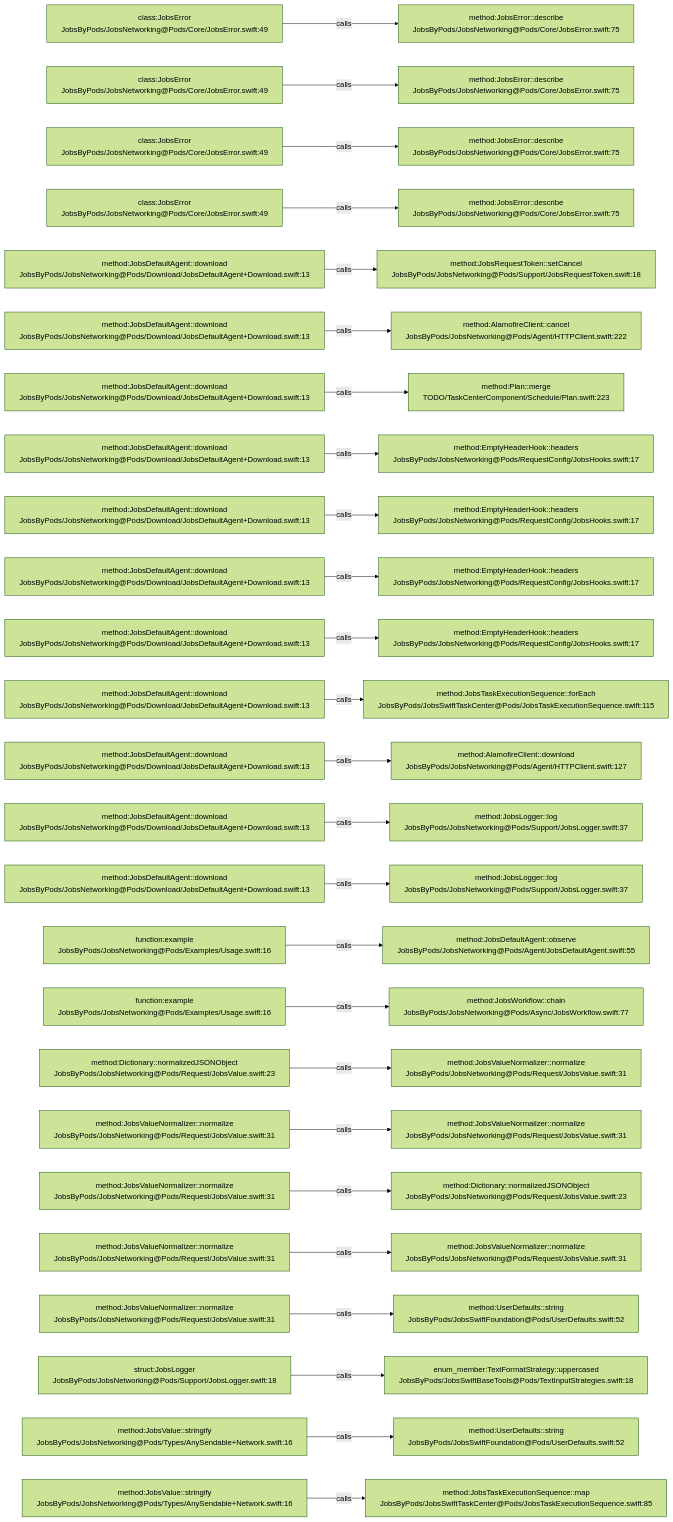
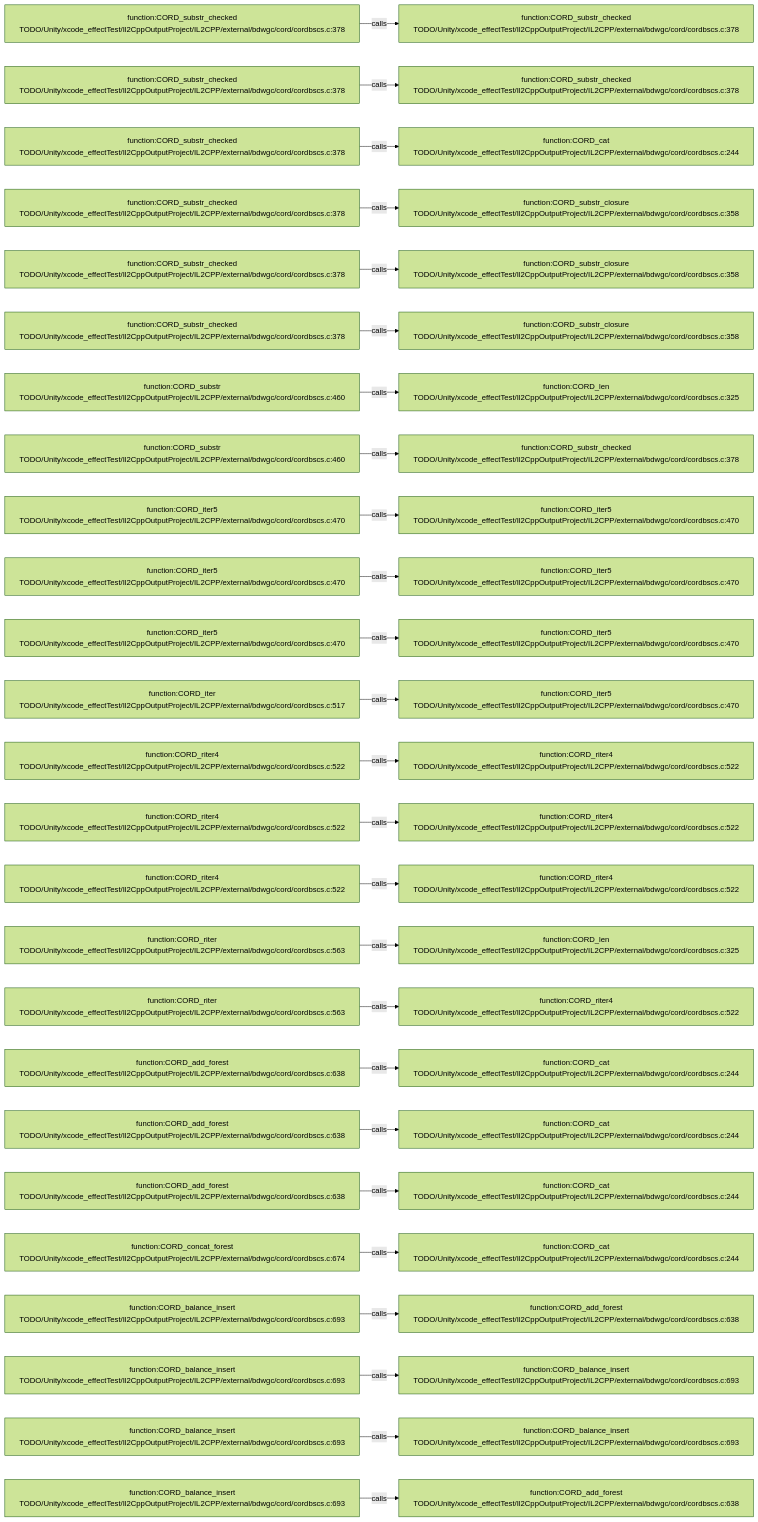
Before and after one commit to JobsKits/JobsSwiftBaseConfigDemo: the diagram in .codegraph/codegraph.md/graphs/calls-151.md, drawn with Mermaid (forest theme). The commit also changed 569 other files, not shown here.

````diff
--- a/.codegraph/codegraph.md/graphs/calls-151.md
+++ b/.codegraph/codegraph.md/graphs/calls-151.md
@@ -13,78 +13,78 @@
 ```mermaid
 flowchart LR
-  S1["class:JobsError<br/>JobsByPods/JobsNetworking@Pods/Core/JobsError.swift:49"]
-  T1["method:JobsError::describe<br/>JobsByPods/JobsNetworking@Pods/Core/JobsError.swift:75"]
+  S1["function:CORD_substr_checked<br/>TODO/Unity/xcode_effectTest/Il2CppOutputProject/IL2CPP/external/bdwgc/cord/cordbscs.c:378"]
+  T1["function:CORD_substr_checked<br/>TODO/Unity/xcode_effectTest/Il2CppOutputProject/IL2CPP/external/bdwgc/cord/cordbscs.c:378"]
   S1 -->|calls| T1
-  S2["class:JobsError<br/>JobsByPods/JobsNetworking@Pods/Core/JobsError.swift:49"]
-  T2["method:JobsError::describe<br/>JobsByPods/JobsNetworking@Pods/Core/JobsError.swift:75"]
+  S2["function:CORD_substr_checked<br/>TODO/Unity/xcode_effectTest/Il2CppOutputProject/IL2CPP/external/bdwgc/cord/cordbscs.c:378"]
+  T2["function:CORD_substr_checked<br/>TODO/Unity/xcode_effectTest/Il2CppOutputProject/IL2CPP/external/bdwgc/cord/cordbscs.c:378"]
   S2 -->|calls| T2
-  S3["class:JobsError<br/>JobsByPods/JobsNetworking@Pods/Core/JobsError.swift:49"]
-  T3["method:JobsError::describe<br/>JobsByPods/JobsNetworking@Pods/Core/JobsError.swift:75"]
+  S3["function:CORD_substr_checked<br/>TODO/Unity/xcode_effectTest/Il2CppOutputProject/IL2CPP/external/bdwgc/cord/cordbscs.c:378"]
+  T3["function:CORD_cat<br/>TODO/Unity/xcode_effectTest/Il2CppOutputProject/IL2CPP/external/bdwgc/cord/cordbscs.c:244"]
   S3 -->|calls| T3
-  S4["class:JobsError<br/>JobsByPods/JobsNetworking@Pods/Core/JobsError.swift:49"]
-  T4["method:JobsError::describe<br/>JobsByPods/JobsNetworking@Pods/Core/JobsError.swift:75"]
+  S4["function:CORD_substr_checked<br/>TODO/Unity/xcode_effectTest/Il2CppOutputProject/IL2CPP/external/bdwgc/cord/cordbscs.c:378"]
+  T4["function:CORD_substr_closure<br/>TODO/Unity/xcode_effectTest/Il2CppOutputProject/IL2CPP/external/bdwgc/cord/cordbscs.c:358"]
   S4 -->|calls| T4
-  S5["method:JobsDefaultAgent::download<br/>JobsByPods/JobsNetworking@Pods/Download/JobsDefaultAgent+Download.swift:13"]
-  T5["method:JobsRequestToken::setCancel<br/>JobsByPods/JobsNetworking@Pods/Support/JobsRequestToken.swift:18"]
+  S5["function:CORD_substr_checked<br/>TODO/Unity/xcode_effectTest/Il2CppOutputProject/IL2CPP/external/bdwgc/cord/cordbscs.c:378"]
+  T5["function:CORD_substr_closure<br/>TODO/Unity/xcode_effectTest/Il2CppOutputProject/IL2CPP/external/bdwgc/cord/cordbscs.c:358"]
   S5 -->|calls| T5
-  S6["method:JobsDefaultAgent::download<br/>JobsByPods/JobsNetworking@Pods/Download/JobsDefaultAgent+Download.swift:13"]
-  T6["method:AlamofireClient::cancel<br/>JobsByPods/JobsNetworking@Pods/Agent/HTTPClient.swift:222"]
+  S6["function:CORD_substr_checked<br/>TODO/Unity/xcode_effectTest/Il2CppOutputProject/IL2CPP/external/bdwgc/cord/cordbscs.c:378"]
+  T6["function:CORD_substr_closure<br/>TODO/Unity/xcode_effectTest/Il2CppOutputProject/IL2CPP/external/bdwgc/cord/cordbscs.c:358"]
   S6 -->|calls| T6
-  S7["method:JobsDefaultAgent::download<br/>JobsByPods/JobsNetworking@Pods/Download/JobsDefaultAgent+Download.swift:13"]
-  T7["method:Plan::merge<br/>TODO/TaskCenterComponent/Schedule/Plan.swift:223"]
+  S7["function:CORD_substr<br/>TODO/Unity/xcode_effectTest/Il2CppOutputProject/IL2CPP/external/bdwgc/cord/cordbscs.c:460"]
+  T7["function:CORD_len<br/>TODO/Unity/xcode_effectTest/Il2CppOutputProject/IL2CPP/external/bdwgc/cord/cordbscs.c:325"]
   S7 -->|calls| T7
-  S8["method:JobsDefaultAgent::download<br/>JobsByPods/JobsNetworking@Pods/Download/JobsDefaultAgent+Download.swift:13"]
-  T8["method:EmptyHeaderHook::headers<br/>JobsByPods/JobsNetworking@Pods/RequestConfig/JobsHooks.swift:17"]
+  S8["function:CORD_substr<br/>TODO/Unity/xcode_effectTest/Il2CppOutputProject/IL2CPP/external/bdwgc/cord/cordbscs.c:460"]
+  T8["function:CORD_substr_checked<br/>TODO/Unity/xcode_effectTest/Il2CppOutputProject/IL2CPP/external/bdwgc/cord/cordbscs.c:378"]
   S8 -->|calls| T8
-  S9["method:JobsDefaultAgent::download<br/>JobsByPods/JobsNetworking@Pods/Download/JobsDefaultAgent+Download.swift:13"]
-  T9["method:EmptyHeaderHook::headers<br/>JobsByPods/JobsNetworking@Pods/RequestConfig/JobsHooks.swift:17"]
+  S9["function:CORD_iter5<br/>TODO/Unity/xcode_effectTest/Il2CppOutputProject/IL2CPP/external/bdwgc/cord/cordbscs.c:470"]
+  T9["function:CORD_iter5<br/>TODO/Unity/xcode_effectTest/Il2CppOutputProject/IL2CPP/external/bdwgc/cord/cordbscs.c:470"]
   S9 -->|calls| T9
-  S10["method:JobsDefaultAgent::download<br/>JobsByPods/JobsNetworking@Pods/Download/JobsDefaultAgent+Download.swift:13"]
-  T10["method:EmptyHeaderHook::headers<br/>JobsByPods/JobsNetworking@Pods/RequestConfig/JobsHooks.swift:17"]
+  S10["function:CORD_iter5<br/>TODO/Unity/xcode_effectTest/Il2CppOutputProject/IL2CPP/external/bdwgc/cord/cordbscs.c:470"]
+  T10["function:CORD_iter5<br/>TODO/Unity/xcode_effectTest/Il2CppOutputProject/IL2CPP/external/bdwgc/cord/cordbscs.c:470"]
   S10 -->|calls| T10
-  S11["method:JobsDefaultAgent::download<br/>JobsByPods/JobsNetworking@Pods/Download/JobsDefaultAgent+Download.swift:13"]
-  T11["method:EmptyHeaderHook::headers<br/>JobsByPods/JobsNetworking@Pods/RequestConfig/JobsHooks.swift:17"]
+  S11["function:CORD_iter5<br/>TODO/Unity/xcode_effectTest/Il2CppOutputProject/IL2CPP/external/bdwgc/cord/cordbscs.c:470"]
+  T11["function:CORD_iter5<br/>TODO/Unity/xcode_effectTest/Il2CppOutputProject/IL2CPP/external/bdwgc/cord/cordbscs.c:470"]
   S11 -->|calls| T11
-  S12["method:JobsDefaultAgent::download<br/>JobsByPods/JobsNetworking@Pods/Download/JobsDefaultAgent+Download.swift:13"]
-  T12["method:JobsTaskExecutionSequence::forEach<br/>JobsByPods/JobsSwiftTaskCenter@Pods/JobsTaskExecutionSequence.swift:115"]
+  S12["function:CORD_iter<br/>TODO/Unity/xcode_effectTest/Il2CppOutputProject/IL2CPP/external/bdwgc/cord/cordbscs.c:517"]
+  T12["function:CORD_iter5<br/>TODO/Unity/xcode_effectTest/Il2CppOutputProject/IL2CPP/external/bdwgc/cord/cordbscs.c:470"]
   S12 -->|calls| T12
-  S13["method:JobsDefaultAgent::download<br/>JobsByPods/JobsNetworking@Pods/Download/JobsDefaultAgent+Download.swift:13"]
-  T13["method:AlamofireClient::download<br/>JobsByPods/JobsNetworking@Pods/Agent/HTTPClient.swift:127"]
+  S13["function:CORD_riter4<br/>TODO/Unity/xcode_effectTest/Il2CppOutputProject/IL2CPP/external/bdwgc/cord/cordbscs.c:522"]
+  T13["function:CORD_riter4<br/>TODO/Unity/xcode_effectTest/Il2CppOutputProject/IL2CPP/external/bdwgc/cord/cordbscs.c:522"]
   S13 -->|calls| T13
-  S14["method:JobsDefaultAgent::download<br/>JobsByPods/JobsNetworking@Pods/Download/JobsDefaultAgent+Download.swift:13"]
-  T14["method:JobsLogger::log<br/>JobsByPods/JobsNetworking@Pods/Support/JobsLogger.swift:37"]
+  S14["function:CORD_riter4<br/>TODO/Unity/xcode_effectTest/Il2CppOutputProject/IL2CPP/external/bdwgc/cord/cordbscs.c:522"]
+  T14["function:CORD_riter4<br/>TODO/Unity/xcode_effectTest/Il2CppOutputProject/IL2CPP/external/bdwgc/cord/cordbscs.c:522"]
   S14 -->|calls| T14
-  S15["method:JobsDefaultAgent::download<br/>JobsByPods/JobsNetworking@Pods/Download/JobsDefaultAgent+Download.swift:13"]
-  T15["method:JobsLogger::log<br/>JobsByPods/JobsNetworking@Pods/Support/JobsLogger.swift:37"]
+  S15["function:CORD_riter4<br/>TODO/Unity/xcode_effectTest/Il2CppOutputProject/IL2CPP/external/bdwgc/cord/cordbscs.c:522"]
+  T15["function:CORD_riter4<br/>TODO/Unity/xcode_effectTest/Il2CppOutputProject/IL2CPP/external/bdwgc/cord/cordbscs.c:522"]
   S15 -->|calls| T15
-  S16["function:example<br/>JobsByPods/JobsNetworking@Pods/Examples/Usage.swift:16"]
-  T16["method:JobsDefaultAgent::observe<br/>JobsByPods/JobsNetworking@Pods/Agent/JobsDefaultAgent.swift:55"]
+  S16["function:CORD_riter<br/>TODO/Unity/xcode_effectTest/Il2CppOutputProject/IL2CPP/external/bdwgc/cord/cordbscs.c:563"]
+  T16["function:CORD_len<br/>TODO/Unity/xcode_effectTest/Il2CppOutputProject/IL2CPP/external/bdwgc/cord/cordbscs.c:325"]
   S16 -->|calls| T16
-  S17["function:example<br/>JobsByPods/JobsNetworking@Pods/Examples/Usage.swift:16"]
-  T17["method:JobsWorkflow::chain<br/>JobsByPods/JobsNetworking@Pods/Async/JobsWorkflow.swift:77"]
+  S17["function:CORD_riter<br/>TODO/Unity/xcode_effectTest/Il2CppOutputProject/IL2CPP/external/bdwgc/cord/cordbscs.c:563"]
+  T17["function:CORD_riter4<br/>TODO/Unity/xcode_effectTest/Il2CppOutputProject/IL2CPP/external/bdwgc/cord/cordbscs.c:522"]
   S17 -->|calls| T17
-  S18["method:Dictionary::normalizedJSONObject<br/>JobsByPods/JobsNetworking@Pods/Request/JobsValue.swift:23"]
-  T18["method:JobsValueNormalizer::normalize<br/>JobsByPods/JobsNetworking@Pods/Request/JobsValue.swift:31"]
+  S18["function:CORD_add_forest<br/>TODO/Unity/xcode_effectTest/Il2CppOutputProject/IL2CPP/external/bdwgc/cord/cordbscs.c:638"]
+  T18["function:CORD_cat<br/>TODO/Unity/xcode_effectTest/Il2CppOutputProject/IL2CPP/external/bdwgc/cord/cordbscs.c:244"]
   S18 -->|calls| T18
-  S19["method:JobsValueNormalizer::normalize<br/>JobsByPods/JobsNetworking@Pods/Request/JobsValue.swift:31"]
-  T19["method:JobsValueNormalizer::normalize<br/>JobsByPods/JobsNetworking@Pods/Request/JobsValue.swift:31"]
+  S19["function:CORD_add_forest<br/>TODO/Unity/xcode_effectTest/Il2CppOutputProject/IL2CPP/external/bdwgc/cord/cordbscs.c:638"]
+  T19["function:CORD_cat<br/>TODO/Unity/xcode_effectTest/Il2CppOutputProject/IL2CPP/external/bdwgc/cord/cordbscs.c:244"]
   S19 -->|calls| T19
-  S20["method:JobsValueNormalizer::normalize<br/>JobsByPods/JobsNetworking@Pods/Request/JobsValue.swift:31"]
-  T20["method:Dictionary::normalizedJSONObject<br/>JobsByPods/JobsNetworking@Pods/Request/JobsValue.swift:23"]
+  S20["function:CORD_add_forest<br/>TODO/Unity/xcode_effectTest/Il2CppOutputProject/IL2CPP/external/bdwgc/cord/cordbscs.c:638"]
+  T20["function:CORD_cat<br/>TODO/Unity/xcode_effectTest/Il2CppOutputProject/IL2CPP/external/bdwgc/cord/cordbscs.c:244"]
   S20 -->|calls| T20
-  S21["method:JobsValueNormalizer::normalize<br/>JobsByPods/JobsNetworking@Pods/Request/JobsValue.swift:31"]
-  T21["method:JobsValueNormalizer::normalize<br/>JobsByPods/JobsNetworking@Pods/Request/JobsValue.swift:31"]
+  S21["function:CORD_concat_forest<br/>TODO/Unity/xcode_effectTest/Il2CppOutputProject/IL2CPP/external/bdwgc/cord/cordbscs.c:674"]
+  T21["function:CORD_cat<br/>TODO/Unity/xcode_effectTest/Il2CppOutputProject/IL2CPP/external/bdwgc/cord/cordbscs.c:244"]
   S21 -->|calls| T21
-  S22["method:JobsValueNormalizer::normalize<br/>JobsByPods/JobsNetworking@Pods/Request/JobsValue.swift:31"]
-  T22["method:UserDefaults::string<br/>JobsByPods/JobsSwiftFoundation@Pods/UserDefaults.swift:52"]
+  S22["function:CORD_balance_insert<br/>TODO/Unity/xcode_effectTest/Il2CppOutputProject/IL2CPP/external/bdwgc/cord/cordbscs.c:693"]
+  T22["function:CORD_add_forest<br/>TODO/Unity/xcode_effectTest/Il2CppOutputProject/IL2CPP/external/bdwgc/cord/cordbscs.c:638"]
   S22 -->|calls| T22
-  S23["struct:JobsLogger<br/>JobsByPods/JobsNetworking@Pods/Support/JobsLogger.swift:18"]
-  T23["enum_member:TextFormatStrategy::uppercased<br/>JobsByPods/JobsSwiftBaseTools@Pods/TextInputStrategies.swift:18"]
+  S23["function:CORD_balance_insert<br/>TODO/Unity/xcode_effectTest/Il2CppOutputProject/IL2CPP/external/bdwgc/cord/cordbscs.c:693"]
+  T23["function:CORD_balance_insert<br/>TODO/Unity/xcode_effectTest/Il2CppOutputProject/IL2CPP/external/bdwgc/cord/cordbscs.c:693"]
   S23 -->|calls| T23
-  S24["method:JobsValue::stringify<br/>JobsByPods/JobsNetworking@Pods/Types/AnySendable+Network.swift:16"]
-  T24["method:UserDefaults::string<br/>JobsByPods/JobsSwiftFoundation@Pods/UserDefaults.swift:52"]
+  S24["function:CORD_balance_insert<br/>TODO/Unity/xcode_effectTest/Il2CppOutputProject/IL2CPP/external/bdwgc/cord/cordbscs.c:693"]
+  T24["function:CORD_balance_insert<br/>TODO/Unity/xcode_effectTest/Il2CppOutputProject/IL2CPP/external/bdwgc/cord/cordbscs.c:693"]
   S24 -->|calls| T24
-  S25["method:JobsValue::stringify<br/>JobsByPods/JobsNetworking@Pods/Types/AnySendable+Network.swift:16"]
-  T25["method:JobsTaskExecutionSequence::map<br/>JobsByPods/JobsSwiftTaskCenter@Pods/JobsTaskExecutionSequence.swift:85"]
+  S25["function:CORD_balance_insert<br/>TODO/Unity/xcode_effectTest/Il2CppOutputProject/IL2CPP/external/bdwgc/cord/cordbscs.c:693"]
+  T25["function:CORD_add_forest<br/>TODO/Unity/xcode_effectTest/Il2CppOutputProject/IL2CPP/external/bdwgc/cord/cordbscs.c:638"]
   S25 -->|calls| T25
 ```
````
